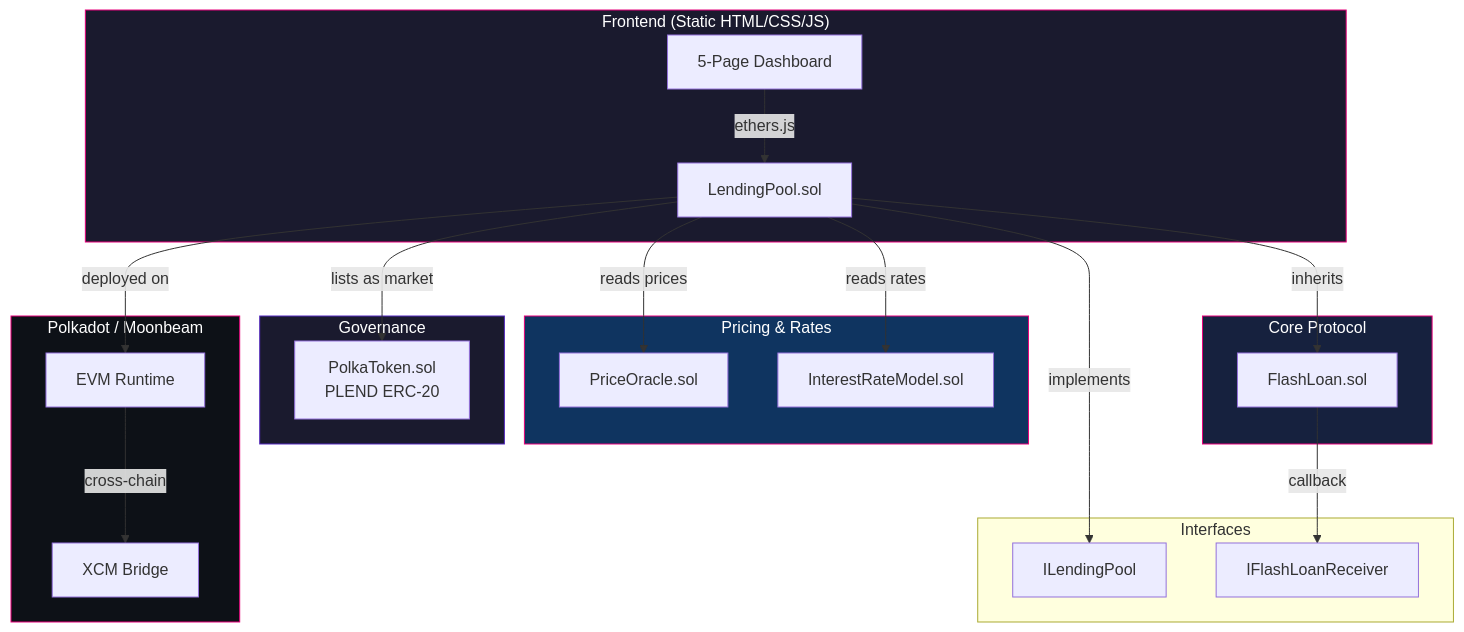
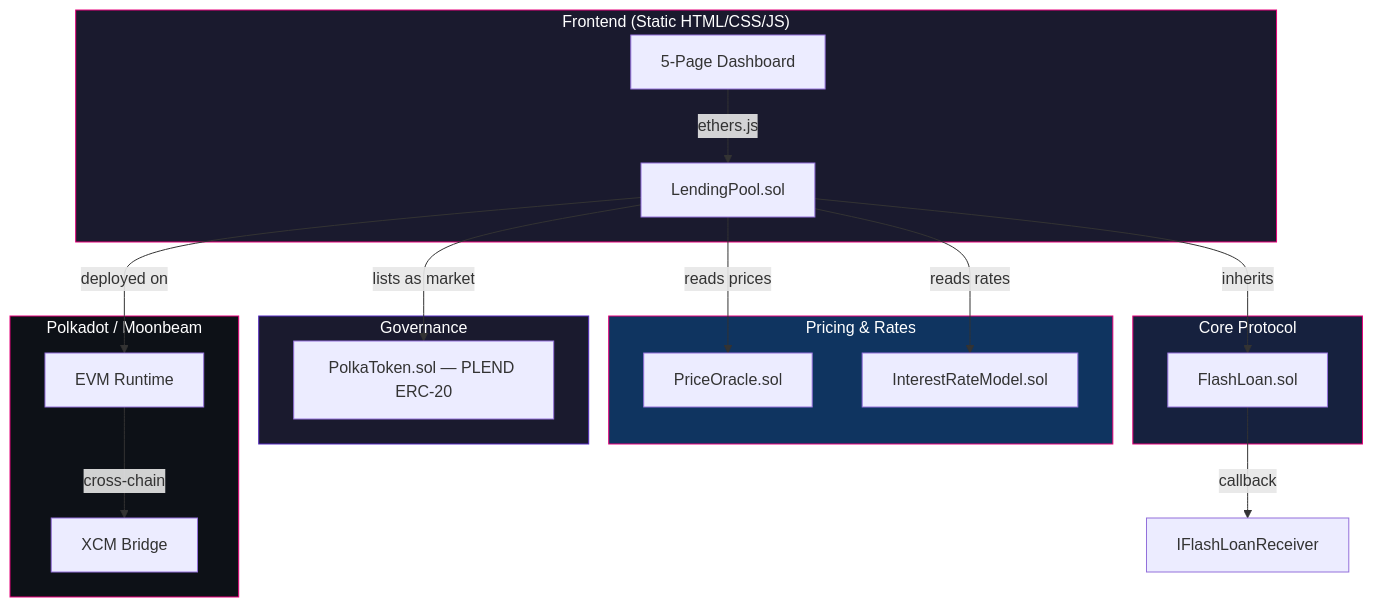
One commit to Akasxh/polkalend changed the first of 2 diagrams in README.md. Above: the diagram before and after it, drawn with Mermaid. The commit also changed other lines of this file, not shown here.

````diff
--- a/README.md
+++ b/README.md
@@ -79,47 +26,41 @@
 ```mermaid
 graph TD
     subgraph Frontend["Frontend (Static HTML/CSS/JS)"]
         UI[5-Page Dashboard]
         UI --> |ethers.js| POOL
     end
 
     subgraph Core["Core Protocol"]
         POOL[LendingPool.sol]
         FLASH[FlashLoan.sol]
         POOL -->|inherits| FLASH
     end
 
     subgraph Models["Pricing & Rates"]
         ORACLE[PriceOracle.sol]
         IRM[InterestRateModel.sol]
     end
 
     subgraph Token["Governance"]
-        PLEND[PolkaToken.sol<br/>PLEND ERC-20]
-    end
-
-    subgraph Interfaces["Interfaces"]
-        ILP[ILendingPool]
-        IFLR[IFlashLoanReceiver]
+        PLEND[PolkaToken.sol — PLEND ERC-20]
     end
 
     POOL -->|reads prices| ORACLE
     POOL -->|reads rates| IRM
-    POOL -->|implements| ILP
-    FLASH -->|callback| IFLR
+    FLASH -->|callback| IFLR[IFlashLoanReceiver]
     POOL -->|lists as market| PLEND
 
     subgraph Network["Polkadot / Moonbeam"]
         EVM[EVM Runtime]
         XCM[XCM Bridge]
     end
 
     POOL -->|deployed on| EVM
     EVM -->|cross-chain| XCM
 
     style Frontend fill:#1a1a2e,stroke:#e6007a,color:#fff
     style Core fill:#16213e,stroke:#e6007a,color:#fff
     style Models fill:#0f3460,stroke:#e6007a,color:#fff
     style Token fill:#1a1a2e,stroke:#552bbf,color:#fff
     style Network fill:#0d1117,stroke:#e6007a,color:#fff
 ```
````
